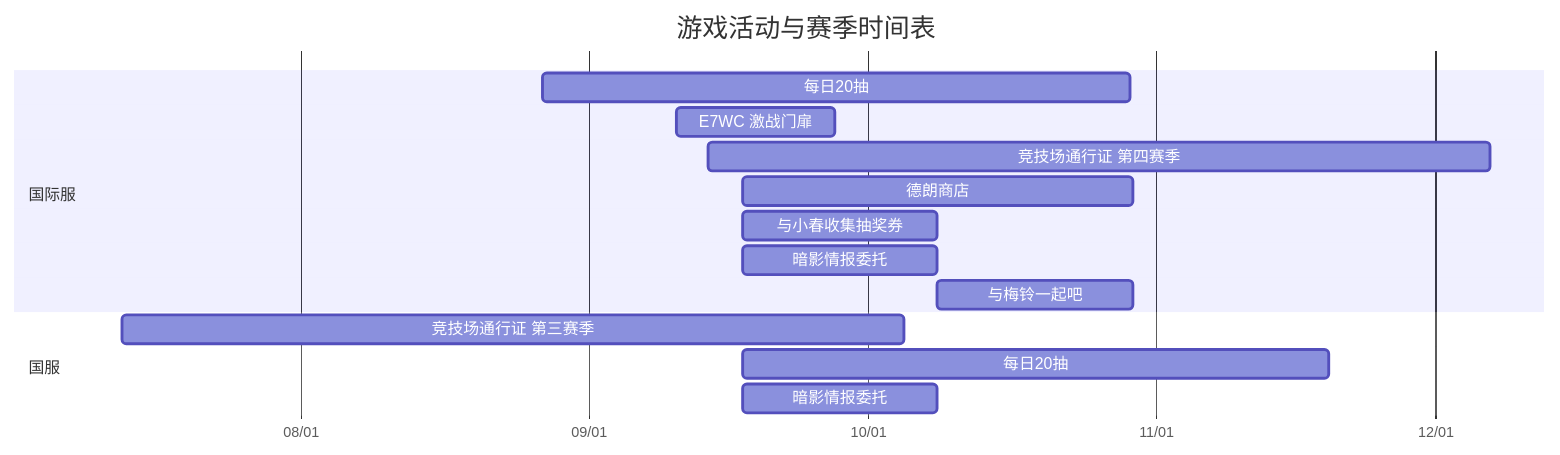
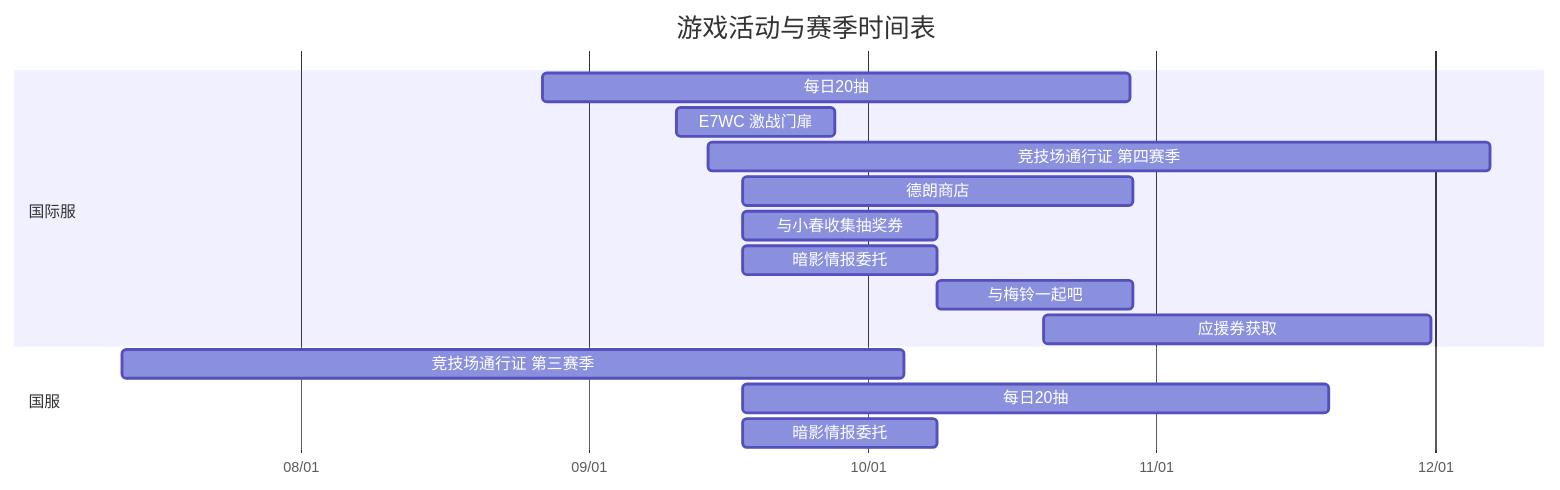
The diagram in tasks/activity/calendar.md (Rea1-ms/AutoEpicSeven), drawn with Mermaid before and after one commit. The commit also changed other lines of this file and 44 other files, not shown here.

First line of the commit message:
Feat: add arena support ticket reward collection

````diff
--- a/tasks/activity/calendar.md
+++ b/tasks/activity/calendar.md
@@ -3,18 +3,19 @@
 ```mermaid
 gantt
     title 游戏活动与赛季时间表
     dateFormat YYYY-MM-DD HH:mm
     axisFormat %m/%d
     section 国际服
     每日20抽 :OVERSEA_free_gacha_20_2026_08_27, 2026-08-27 02:00, 2026-10-29 02:00
     E7WC 激战门扉 :OVERSEA_e7wc_battle_gate_2026_09_10, 2026-09-10 11:00, 2026-09-27 11:00
     竞技场通行证 第四赛季 :OVERSEA_arena_pass_oversea_2026_season_4, 2026-09-13 20:00, 2026-12-06 20:00
     德朗商店 :OVERSEA_huche_shop_2026_09_17, 2026-09-17 11:00, 2026-10-29 11:00
     与小春收集抽奖券 :OVERSEA_koharu_raffle_2026_09_17, 2026-09-17 11:00, 2026-10-08 11:00
     暗影情报委托 :OVERSEA_shadow_commission_2026_09_17, 2026-09-17 11:00, 2026-10-08 11:00
     与梅铃一起吧  :OVERSEA_meirin_reward_2026_10_08, 2026-10-08 11:00, 2026-10-29 11:00
+    应援券获取 :OVERSEA_support_reward_2026_10_19, 2026-10-19 21:10, 2026-11-30 11:00
     section 国服
     竞技场通行证 第三赛季 :CN_arena_pass_cn_2026_season_3, 2026-07-12 20:00, 2026-10-04 20:00
     每日20抽 :CN_free_gacha_20_2026_08_27, 2026-09-17 11:00, 2026-11-19 11:00
     暗影情报委托 :CN_shadow_commission_2026_09_17, 2026-09-17 11:00, 2026-10-08 11:00
 ```
````
